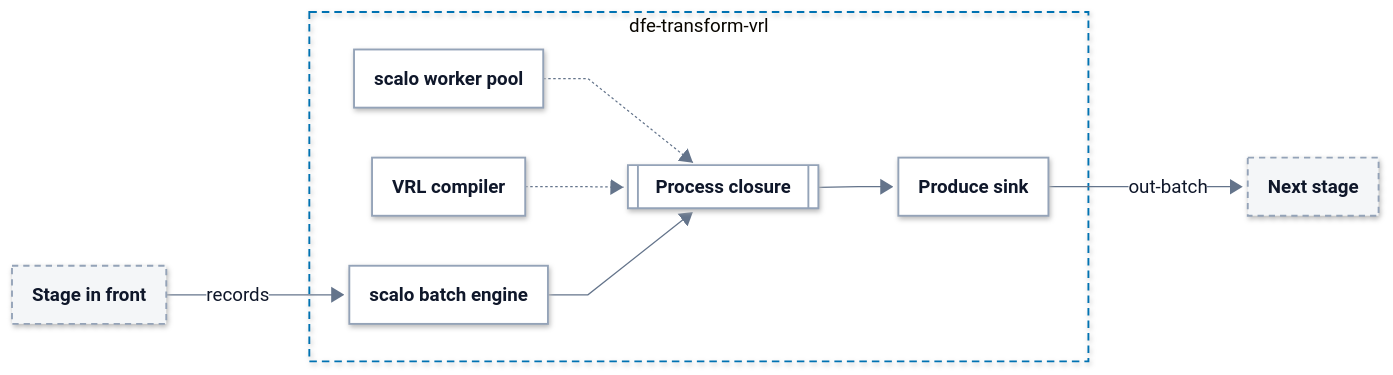
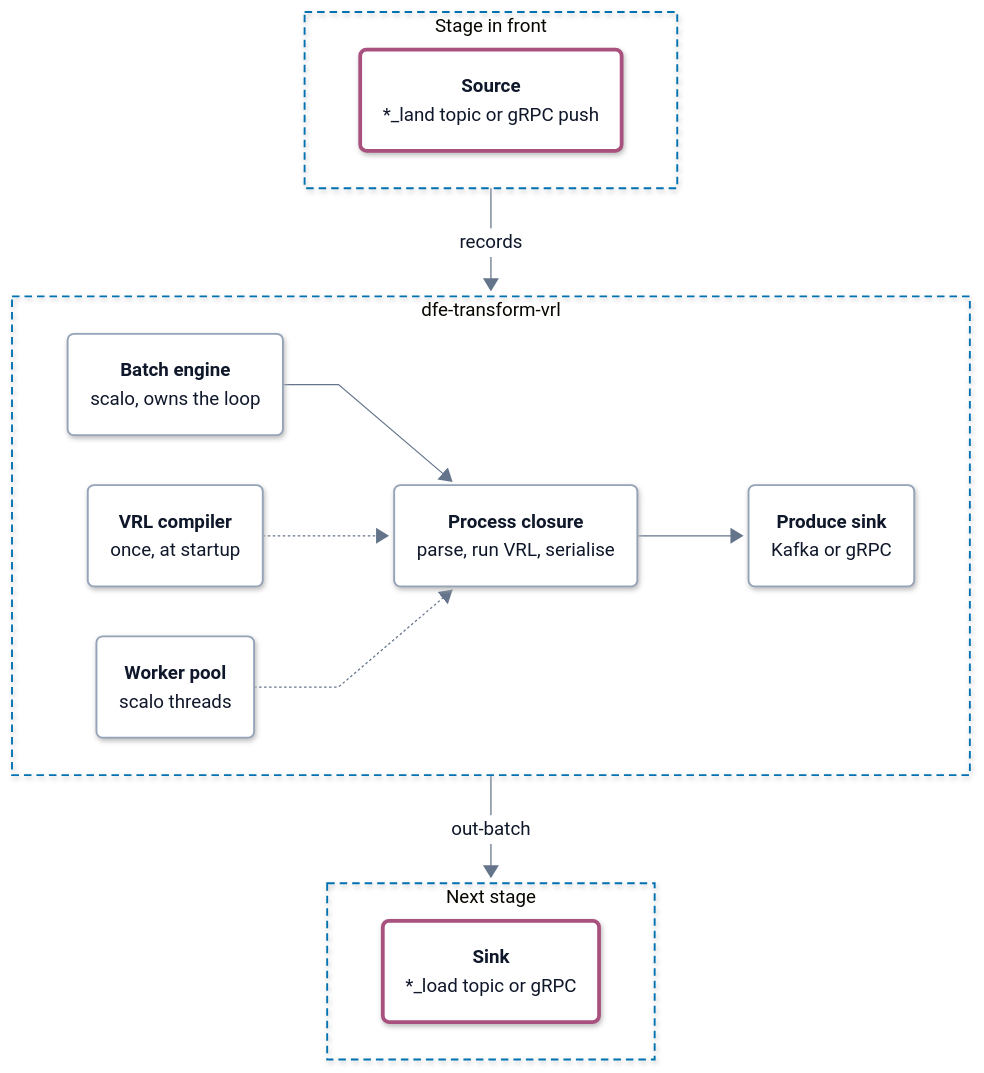
The diagram in docs/architecture.md (hyperi-io/dfe-transform-vrl), drawn with Mermaid before and after one commit. The commit also changed other lines of this file and 5 other files, not shown here.

First line of the commit message:
docs(architecture): align VRL transform pages with the standard (#160)

````diff
--- a/docs/architecture.md
+++ b/docs/architecture.md
@@ -66,28 +48,37 @@
     .ui .label-icon{color:#D9480F}
     .ext .label-icon{color:#64748B}
 ---
-flowchart LR
+flowchart TB
     accTitle: L3 Components -- dfe-transform-vrl
-    accDescr: Records arrive from the stage in front. scalo's batch engine hands each block to the process closure, which runs the program the VRL compiler built, on scalo's worker pool. The produce sink sends the out-batch to the next stage.
+    accDescr: Records arrive from the stage in front, a Kafka land topic or a gRPC push. Inside dfe-transform-vrl the scalo batch engine hands each block to the process closure, which runs the program the VRL compiler built on scalo's worker pool. The produce sink sends the out-batch to the next stage, a Kafka load topic or a gRPC listener.
 
-    upstream["<b>Stage in front</b>"]
-
-    subgraph vrl_app["dfe-transform-vrl"]
-        engine["<b>scalo batch engine</b>"]
-        compiler["<b>VRL compiler</b>"]
-        pool["<b>scalo worker pool</b>"]
-        process[["<b>Process closure</b>"]]
-        produce["<b>Produce sink</b>"]
+    subgraph IN["Stage in front"]
+        direction LR
+        upstream("<b>Source</b><br/><span>*_land topic or gRPC push</span>")
     end
 
-    downstream["<b>Next stage</b>"]
+    subgraph APP["dfe-transform-vrl"]
+        direction LR
+        engine("<b>Batch engine</b><br/><span>scalo, owns the loop</span>")
+        compiler("<b>VRL compiler</b><br/><span>once, at startup</span>")
+        pool("<b>Worker pool</b><br/><span>scalo threads</span>")
+        process("<b>Process closure</b><br/><span>parse, run VRL, serialise</span>")
+        produce("<b>Produce sink</b><br/><span>Kafka or gRPC</span>")
+        engine --> process
+        compiler -.-> process
+        pool -.-> process
+        process --> produce
+    end
 
-    upstream -->|records| engine
-    pool -.-> process
-    compiler -.-> process
-    engine --> process
-    process --> produce
-    produce -->|out-batch| downstream
+    subgraph OUT["Next stage"]
+        direction LR
+        downstream("<b>Sink</b><br/><span>*_load topic or gRPC</span>")
+    end
+
+    IN -->|records| APP
+    APP -->|out-batch| OUT
+  class upstream,downstream bus
+  class engine,compiler,pool,process,produce part
   classDef ext fill:#F4F6F8,stroke:#94A3B8,stroke-width:1.5px,stroke-dasharray:5 4,color:#0F172A
   classDef ingest fill:#FFFFFF,stroke:#0E8A7D,stroke-width:3px,color:#0F172A
   classDef xform fill:#FFFFFF,stroke:#7B4FB0,stroke-width:3px,color:#0F172A
@@ -99,7 +90,7 @@
   classDef error fill:#FFFFFF,stroke:#C2410C,stroke-width:3px,color:#0F172A
   classDef control fill:#FFFFFF,stroke:#334155,stroke-width:3px,color:#0F172A
   classDef part fill:#FFFFFF,stroke:#94A3B8,stroke-width:1.5px,color:#0F172A
-  class upstream,downstream ext
-  class engine,compiler,pool,process,produce part
-  style vrl_app fill:none,stroke:#0072B2,stroke-width:1.5px,stroke-dasharray:6 4
+  style IN fill:none,stroke:#0072B2,stroke-width:1.5px,stroke-dasharray:6 4
+  style APP fill:none,stroke:#0072B2,stroke-width:1.5px,stroke-dasharray:6 4
+  style OUT fill:none,stroke:#0072B2,stroke-width:1.5px,stroke-dasharray:6 4
 ```
````
